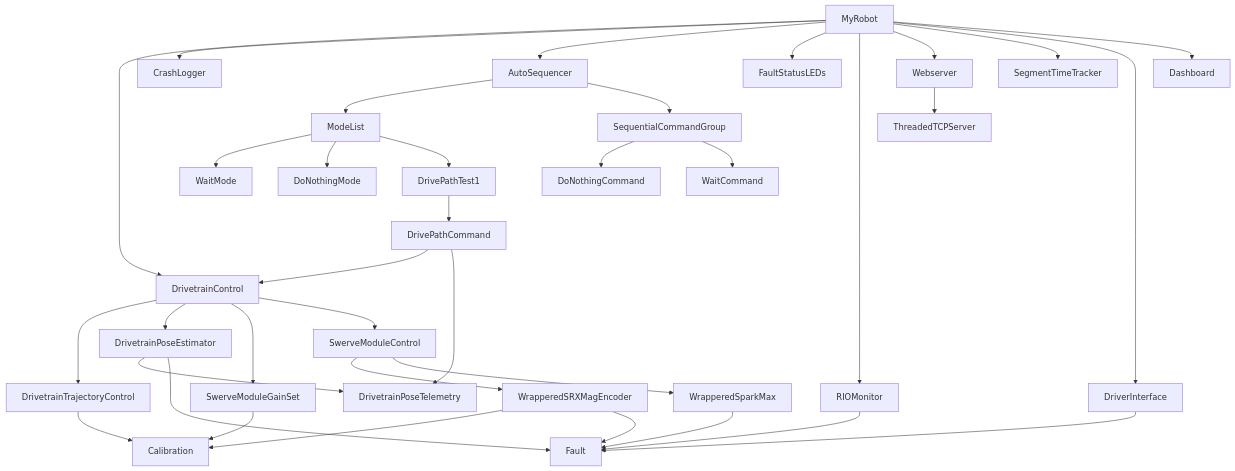
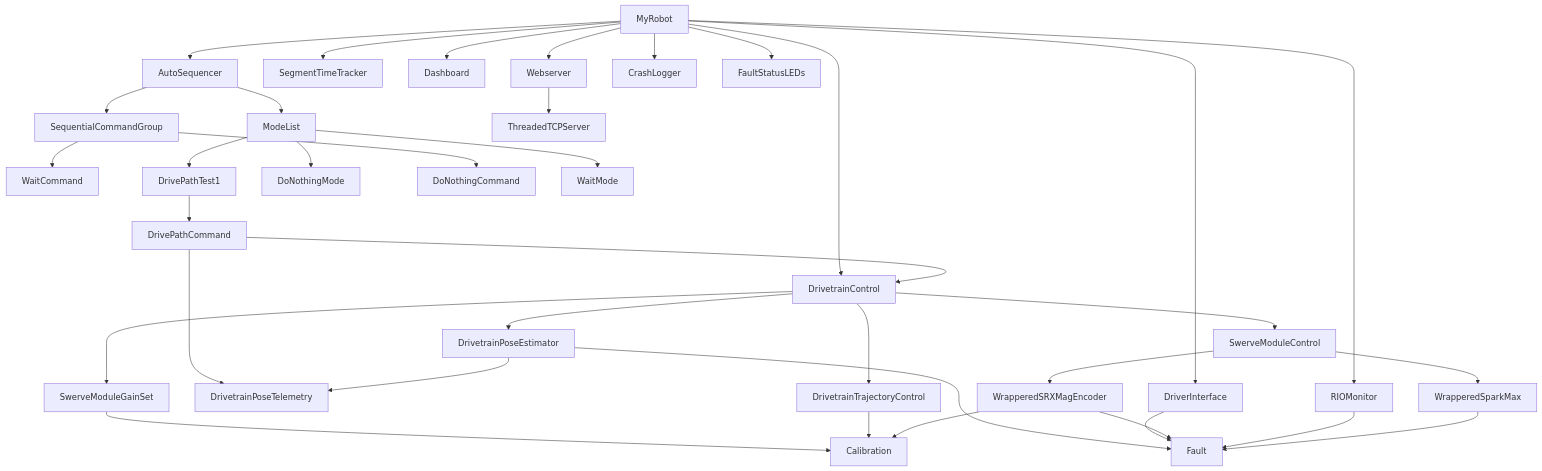
The diagram in docs/graph.md (RobotCasserole1736/firstRoboPy), drawn with Mermaid before and after one commit. The commit also changed other lines of this file and 5 other files, not shown here.

````diff
--- a/docs/graph.md
+++ b/docs/graph.md
@@ -3,38 +3,38 @@
 ```mermaid
 flowchart TD
+    DrivetrainPoseEstimator-->Fault
+    SequentialCommandGroup-->WaitCommand
+    MyRobot-->Webserver
+    MyRobot-->DrivetrainControl
+    DriverInterface-->Fault
+    DrivePathCommand-->DrivetrainPoseTelemetry
+    SwerveModuleControl-->WrapperedSparkMax
+    SwerveModuleGainSet-->Calibration
+    SwerveModuleControl-->WrapperedSRXMagEncoder
+    MyRobot-->SegmentTimeTracker
+    DrivetrainTrajectoryControl-->Calibration
+    MyRobot-->Dashboard
     DrivetrainControl-->DrivetrainTrajectoryControl
+    DrivePathTest1-->DrivePathCommand
+    ModeList-->DoNothingMode
+    ModeList-->DrivePathTest1
     SequentialCommandGroup-->DoNothingCommand
+    MyRobot-->AutoSequencer
+    WrapperedSRXMagEncoder-->Fault
+    DrivetrainControl-->DrivetrainPoseEstimator
+    AutoSequencer-->ModeList
+    RIOMonitor-->Fault
+    MyRobot-->CrashLogger
     ModeList-->WaitMode
+    AutoSequencer-->SequentialCommandGroup
+    MyRobot-->FaultStatusLEDs
+    MyRobot-->DriverInterface
+    DrivetrainControl-->SwerveModuleControl
+    WrapperedSparkMax-->Fault
+    Webserver-->ThreadedTCPServer
+    MyRobot-->RIOMonitor
+    DrivetrainControl-->SwerveModuleGainSet
+    WrapperedSRXMagEncoder-->Calibration
     DrivetrainPoseEstimator-->DrivetrainPoseTelemetry
-    WrapperedSparkMax-->Fault
-    MyRobot-->DrivetrainControl
-    MyRobot-->CrashLogger
-    DrivetrainPoseEstimator-->Fault
-    MyRobot-->AutoSequencer
-    DrivetrainControl-->DrivetrainPoseEstimator
-    RIOMonitor-->Fault
-    MyRobot-->FaultStatusLEDs
     DrivePathCommand-->DrivetrainControl
-    SwerveModuleControl-->WrapperedSRXMagEncoder
-    DrivePathTest1-->DrivePathCommand
-    MyRobot-->RIOMonitor
-    ModeList-->DoNothingMode
-    WrapperedSRXMagEncoder-->Calibration
-    MyRobot-->Webserver
-    DriverInterface-->Fault
-    Webserver-->ThreadedTCPServer
-    MyRobot-->SegmentTimeTracker
-    DrivetrainControl-->SwerveModuleGainSet
-    SwerveModuleControl-->WrapperedSparkMax
-    DrivetrainTrajectoryControl-->Calibration
-    MyRobot-->DriverInterface
-    AutoSequencer-->ModeList
-    ModeList-->DrivePathTest1
-    DrivetrainControl-->SwerveModuleControl
-    AutoSequencer-->SequentialCommandGroup
-    DrivePathCommand-->DrivetrainPoseTelemetry
-    SwerveModuleGainSet-->Calibration
-    SequentialCommandGroup-->WaitCommand
-    MyRobot-->Dashboard
-    WrapperedSRXMagEncoder-->Fault
 ```
````
